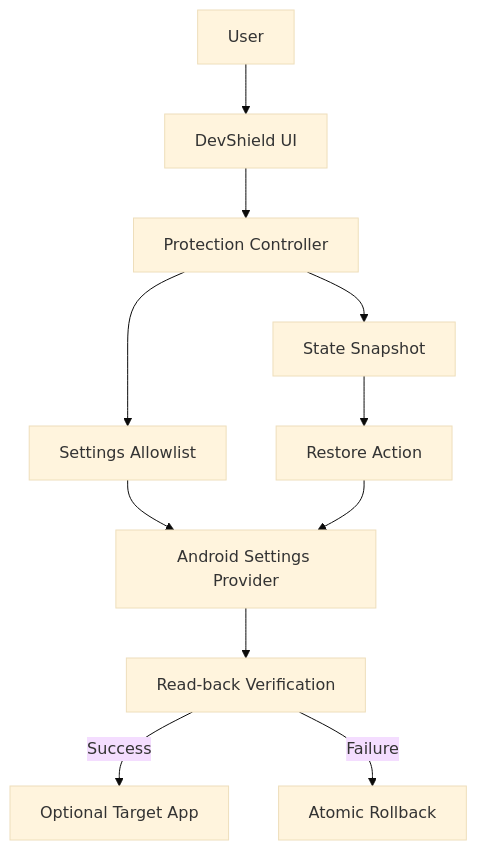
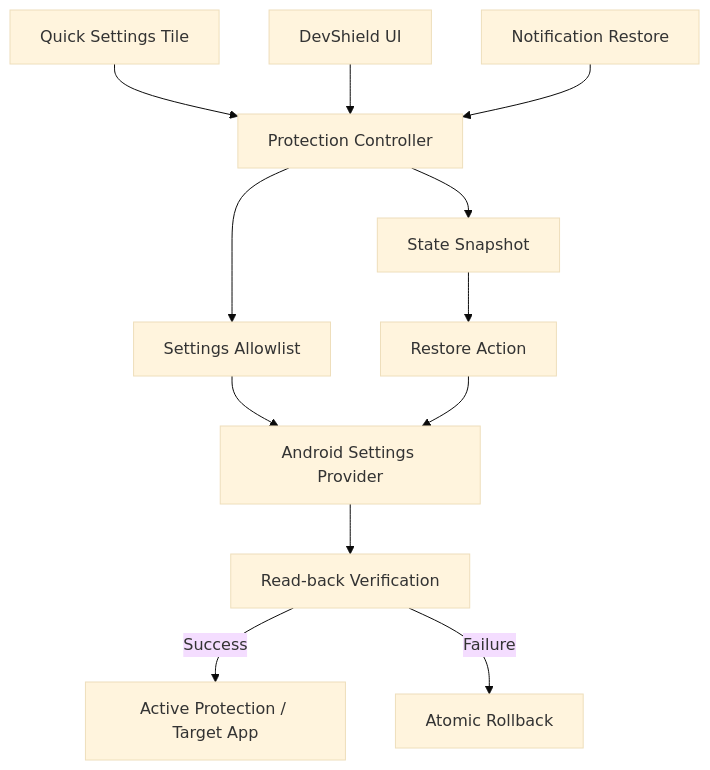
The second of 2 diagrams in README.md (nihal-here/DevShield), drawn with Mermaid (base theme) before and after one commit. The commit also changed other lines of this file and 8 other files, not shown here.

Commit message:
feat: add Quick Settings tile, bump to v1.3.0, and polish public documentation

````diff
--- a/README.md
+++ b/README.md
@@ -118,14 +79,17 @@
 ```mermaid
 flowchart TD
-    U[User] --> UI[DevShield UI]
-    UI --> PC[Protection Controller]
+    QS[Quick Settings Tile] --> PC[Protection Controller]
+    UI[DevShield UI] --> PC
+    NOTIF[Notification Restore] --> PC
+
+    PC --> SNAP[State Snapshot]
     PC --> WL[Settings Allowlist]
     WL --> SP[Android Settings Provider]
 
-    PC --> SR[State Snapshot]
     SP --> V[Read-back Verification]
-    V -->|Success| APP[Optional Target App]
+    V -->|Success| RUN[Active Protection / Target App]
     V -->|Failure| RB[Atomic Rollback]
-    SR --> REST[Restore Action]
+
+    SNAP --> REST[Restore Action]
     REST --> SP
 ```
````
